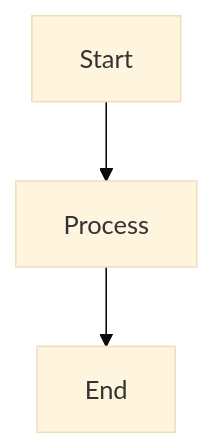
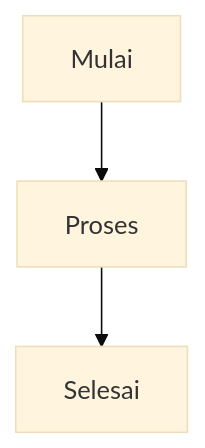
The sixth of 8 diagrams in flowcharts.mdx (alsyauqi/docs), drawn with Mermaid (base theme) before and after one commit. The commit also changed other lines of this file, not shown here.

````diff
--- a/flowcharts.mdx
+++ b/flowcharts.mdx
@@ -151,5 +151,5 @@
-```mermaid Simple Process
+```mermaid Proses Sederhana
 flowchart TD
-    A[Start] --> B[Process]
-    B --> C[End]
+    A[Mulai] --> B[Proses]
+    B --> C[Selesai]
 ```
````
